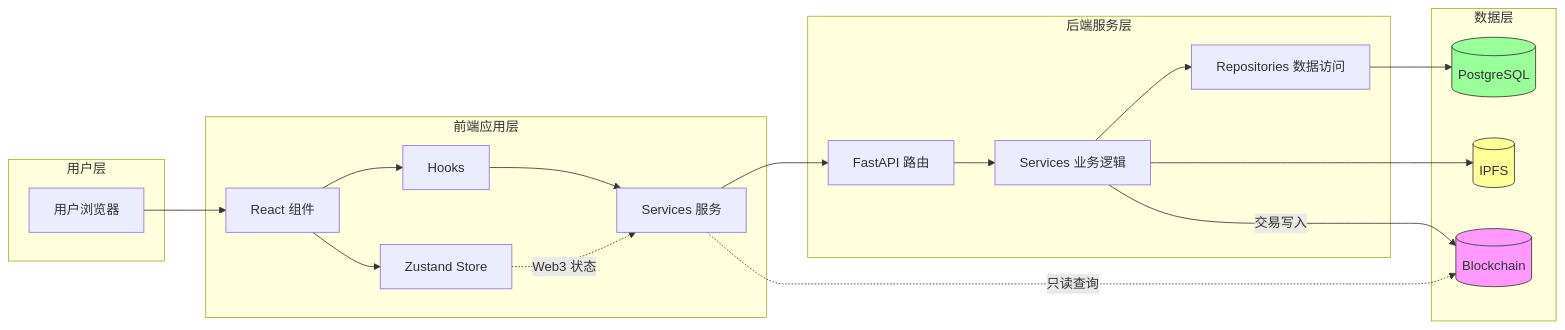
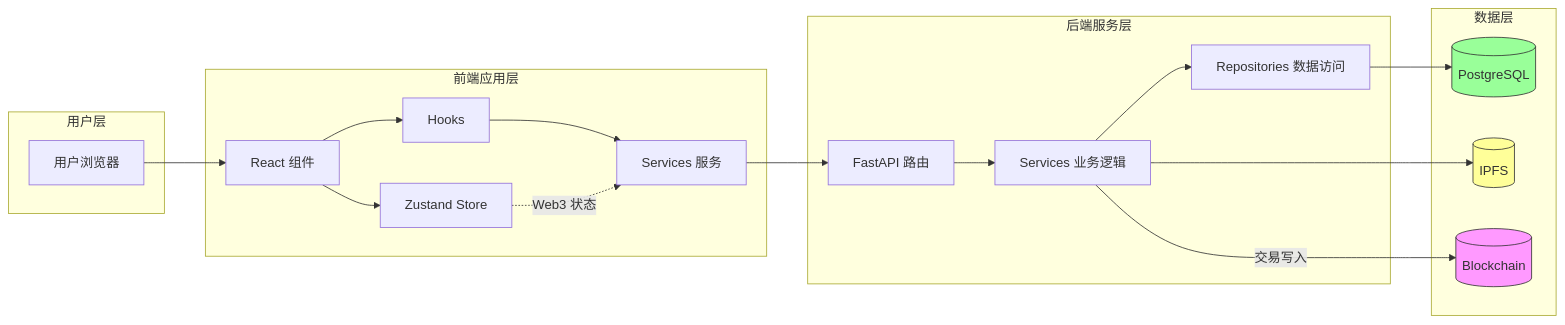
The sixth of 10 diagrams in docs/web2-web3-architecture.md (Daniele111222/web3.0_system), drawn with Mermaid before and after one commit. The commit also changed other lines of this file and 2 other files, not shown here.

````diff
--- a/docs/web2-web3-architecture.md
+++ b/docs/web2-web3-architecture.md
@@ -690,42 +682,41 @@
 ```mermaid
 flowchart LR
     subgraph "用户层"
         U[用户浏览器]
     end
-    
+
     subgraph "前端应用层"
         FR[React 组件]
         FS[Services 服务]
         FH[Hooks]
         FZ[Zustand Store]
     end
-    
+
     subgraph "后端服务层"
         BA[FastAPI 路由]
         BS[Services 业务逻辑]
         BR[Repositories 数据访问]
     end
-    
+
     subgraph "数据层"
         PG[(PostgreSQL)]
         IP[(IPFS)]
         BC[(Blockchain)]
     end
-    
+
     U --> FR
     FR --> FH
     FR --> FZ
     FH --> FS
     FS --> BA
     FZ -.->|Web3 状态| FS
     BA --> BS
     BS --> BR
     BR --> PG
     BS --> IP
-    FS -.->|只读查询| BC
     BS -->|交易写入| BC
-    
+
     style BC fill:#f9f,stroke:#333
     style IP fill:#ff9,stroke:#333
     style PG fill:#9f9,stroke:#333
 ```
````
